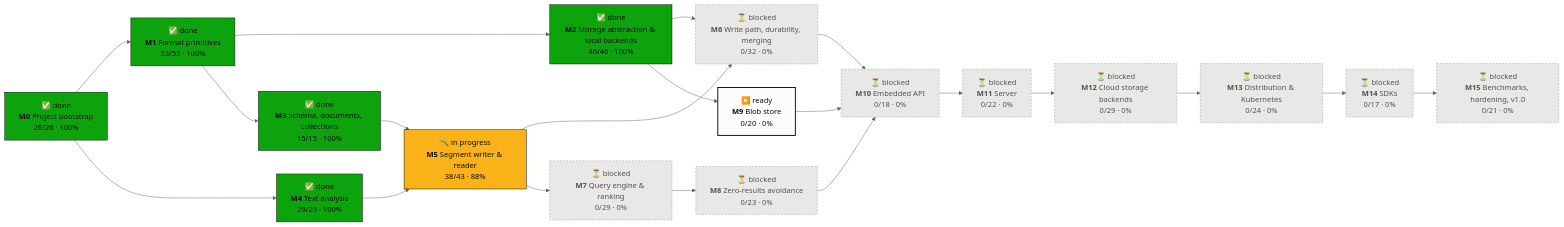
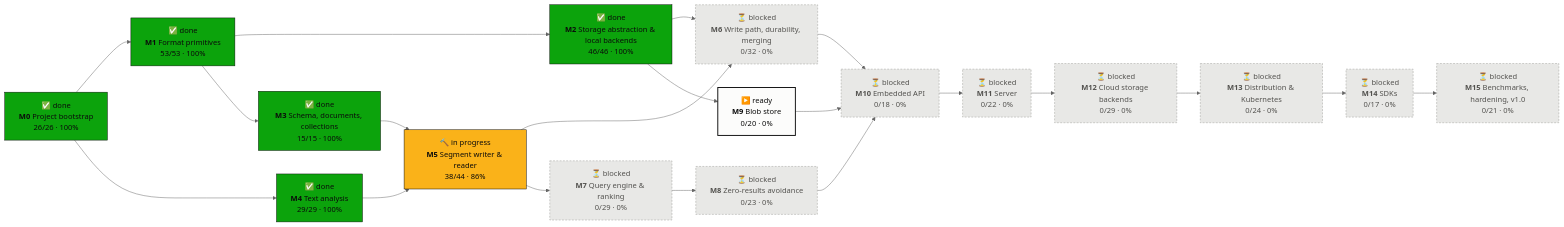
One commit to tomiok/persiaDB changed the first of 2 diagrams in PROGRESS.md. Above: the diagram before and after it, drawn with Mermaid (neutral theme). The commit also changed other lines of this file and 9 other files, not shown here.

````diff
--- a/PROGRESS.md
+++ b/PROGRESS.md
@@ -16,42 +16,42 @@
 ```mermaid
 flowchart LR
   M0["✅ done<br/><b>M0</b> Project bootstrap<br/>26/26 · 100%"]:::done
   M1["✅ done<br/><b>M1</b> Format primitives<br/>53/53 · 100%"]:::done
   M2["✅ done<br/><b>M2</b> Storage abstraction & local backends<br/>46/46 · 100%"]:::done
   M3["✅ done<br/><b>M3</b> Schema, documents, collections<br/>15/15 · 100%"]:::done
   M4["✅ done<br/><b>M4</b> Text analysis<br/>29/29 · 100%"]:::done
-  M5["🔨 in progress<br/><b>M5</b> Segment writer & reader<br/>38/43 · 88%"]:::doing
+  M5["🔨 in progress<br/><b>M5</b> Segment writer & reader<br/>38/44 · 86%"]:::doing
   M6["⏳ blocked<br/><b>M6</b> Write path, durability, merging<br/>0/32 · 0%"]:::blocked
   M7["⏳ blocked<br/><b>M7</b> Query engine & ranking<br/>0/29 · 0%"]:::blocked
   M8["⏳ blocked<br/><b>M8</b> Zero-results avoidance<br/>0/23 · 0%"]:::blocked
   M9["▶️ ready<br/><b>M9</b> Blob store<br/>0/20 · 0%"]:::ready
   M10["⏳ blocked<br/><b>M10</b> Embedded API<br/>0/18 · 0%"]:::blocked
   M11["⏳ blocked<br/><b>M11</b> Server<br/>0/22 · 0%"]:::blocked
   M12["⏳ blocked<br/><b>M12</b> Cloud storage backends<br/>0/29 · 0%"]:::blocked
   M13["⏳ blocked<br/><b>M13</b> Distribution & Kubernetes<br/>0/24 · 0%"]:::blocked
   M14["⏳ blocked<br/><b>M14</b> SDKs<br/>0/17 · 0%"]:::blocked
   M15["⏳ blocked<br/><b>M15</b> Benchmarks, hardening, v1.0<br/>0/21 · 0%"]:::blocked
   M0 --> M1
   M1 --> M2
   M1 --> M3
   M0 --> M4
   M3 --> M5
   M4 --> M5
   M2 --> M6
   M5 --> M6
   M5 --> M7
   M7 --> M8
   M2 --> M9
   M6 --> M10
   M8 --> M10
   M9 --> M10
   M10 --> M11
   M11 --> M12
   M12 --> M13
   M13 --> M14
   M14 --> M15
   classDef done fill:#0ca30c,stroke:#0b0b0b,color:#0b0b0b
   classDef doing fill:#fab219,stroke:#0b0b0b,color:#0b0b0b
   classDef ready fill:#fcfcfb,stroke:#0b0b0b,stroke-width:2px,color:#0b0b0b
   classDef blocked fill:#e8e8e6,stroke:#9a9a96,stroke-dasharray:4 3,color:#52514e
 ```
````
